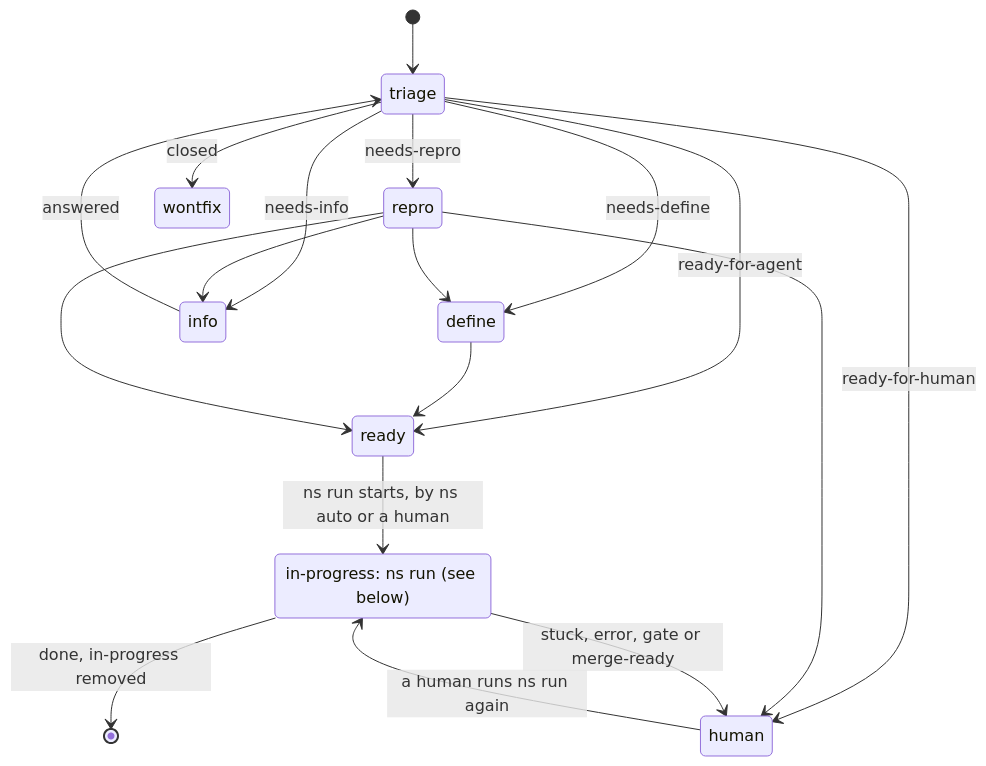
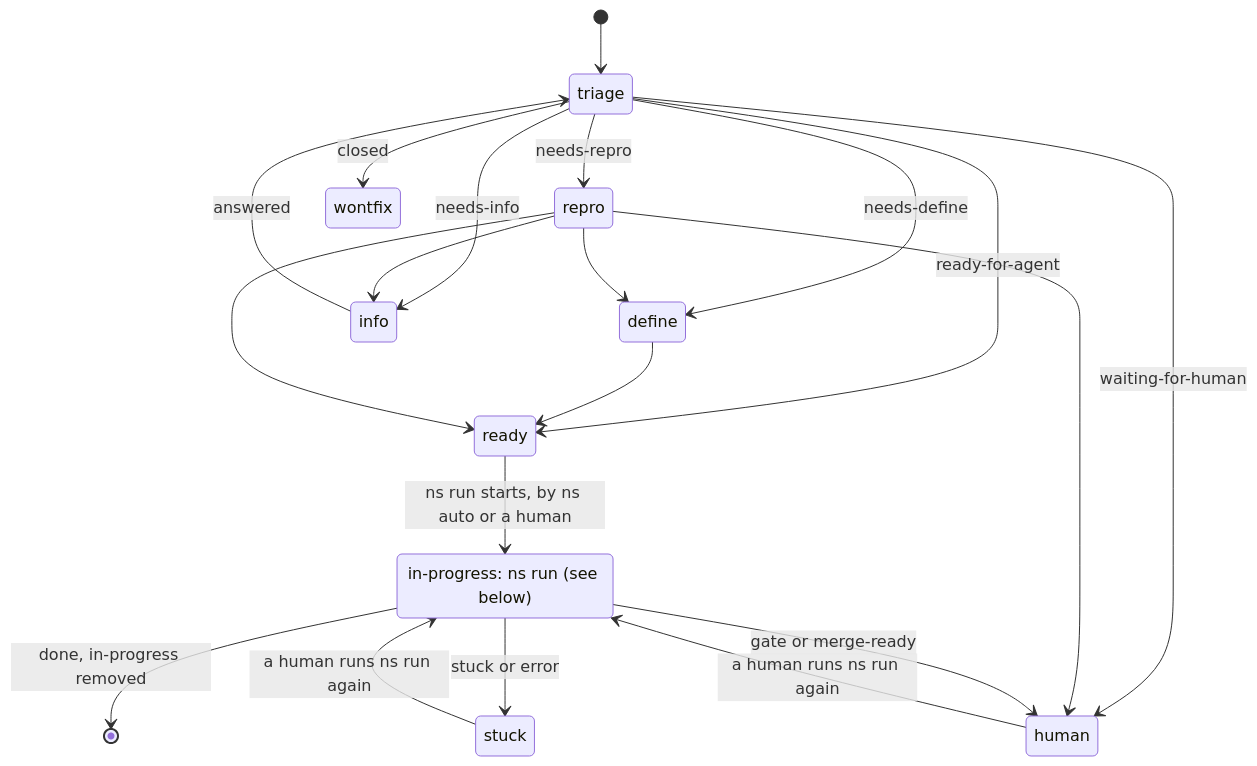
One commit to noahdgrant/nightshift changed the first of 2 diagrams in docs/STATES.md. Above: the diagram before and after it, drawn with Mermaid. The commit also changed other lines of this file and 19 other files, not shown here.

First line of the commit message:
refactor(cli): a unit waiting for a human merge is told apart from a stuck unit (#950)

````diff
--- a/docs/STATES.md
+++ b/docs/STATES.md
@@ -9,21 +9,23 @@
 ```mermaid
 stateDiagram
     state "in-progress: ns run (see below)" as run
     [*] --> triage
     triage --> define : needs-define
     triage --> repro : needs-repro
     triage --> info : needs-info
-    triage --> human : ready-for-human
+    triage --> human : waiting-for-human
     triage --> wontfix : closed
     triage --> ready : ready-for-agent
     define --> ready
     repro --> ready
     repro --> define
     repro --> info
     repro --> human
     ready --> run : ns run starts, by ns auto or a human
     info --> triage : answered
     run --> [*] : done, in-progress removed
-    run --> human : stuck, error, gate or merge-ready
+    run --> stuck : stuck or error
+    run --> human : gate or merge-ready
+    stuck --> run : a human runs ns run again
     human --> run : a human runs ns run again
 ```
````
